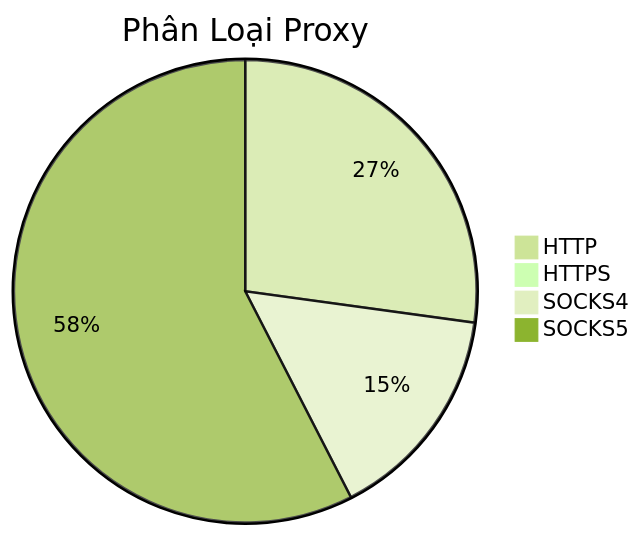
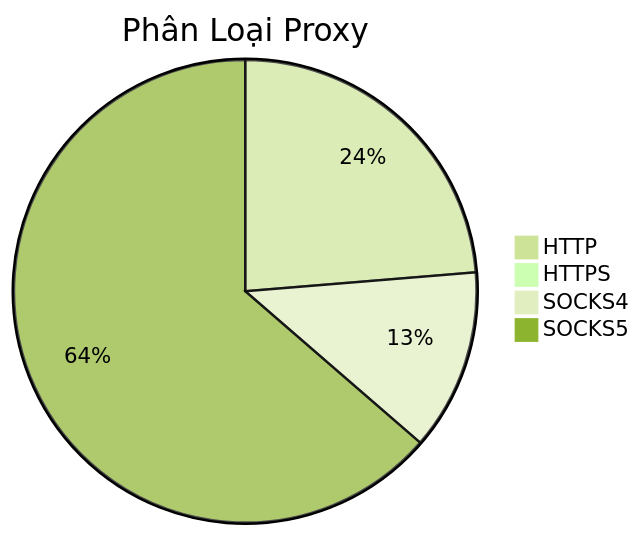
One commit to Ciara-Aa/PROXY-free changed the diagram in README.md. Above: the diagram before and after it, drawn with Mermaid (forest theme). The commit also changed other lines of this file and 4 other files, not shown here.

````diff
--- a/README.md
+++ b/README.md
@@ -26,7 +26,7 @@
 ```mermaid
 pie title Phân Loại Proxy
-    "HTTP" : 542
-    "HTTPS" : 1
-    "SOCKS4" : 305
-    "SOCKS5" : 1148
+    "HTTP" : 601
+    "HTTPS" : 4
+    "SOCKS4" : 321
+    "SOCKS5" : 1614
 ```
````
